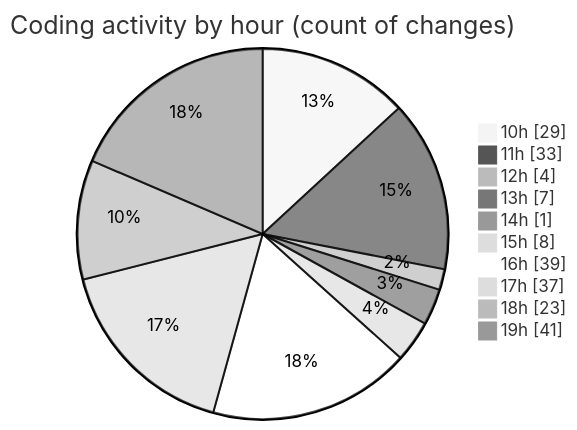
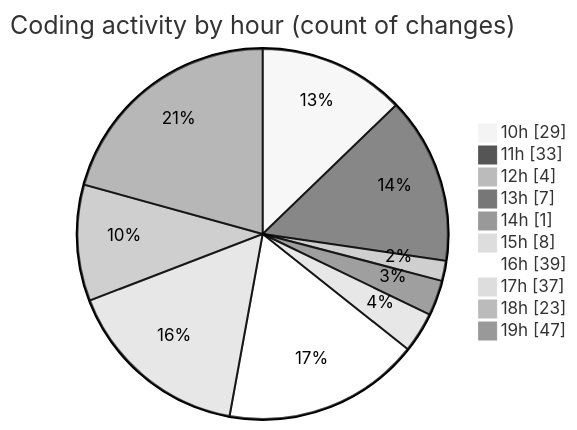
Before and after one commit to momahboobian/code-tracking: the second of 2 diagrams in 2025-06-05/cda/README.md, drawn with Mermaid (neutral theme). The commit also changed other lines of this file and 1 other file, not shown here.

````diff
--- a/2025-06-05/cda/README.md
+++ b/2025-06-05/cda/README.md
@@ -74,14 +74,14 @@
 ```mermaid
 pie showData
 title Coding activity by hour (count of changes)
 "10h" : 29
 "11h" : 33
 "12h" : 4
 "13h" : 7
 "14h" : 1
 "15h" : 8
 "16h" : 39
 "17h" : 37
 "18h" : 23
-"19h" : 41
+"19h" : 47
 ```
````
